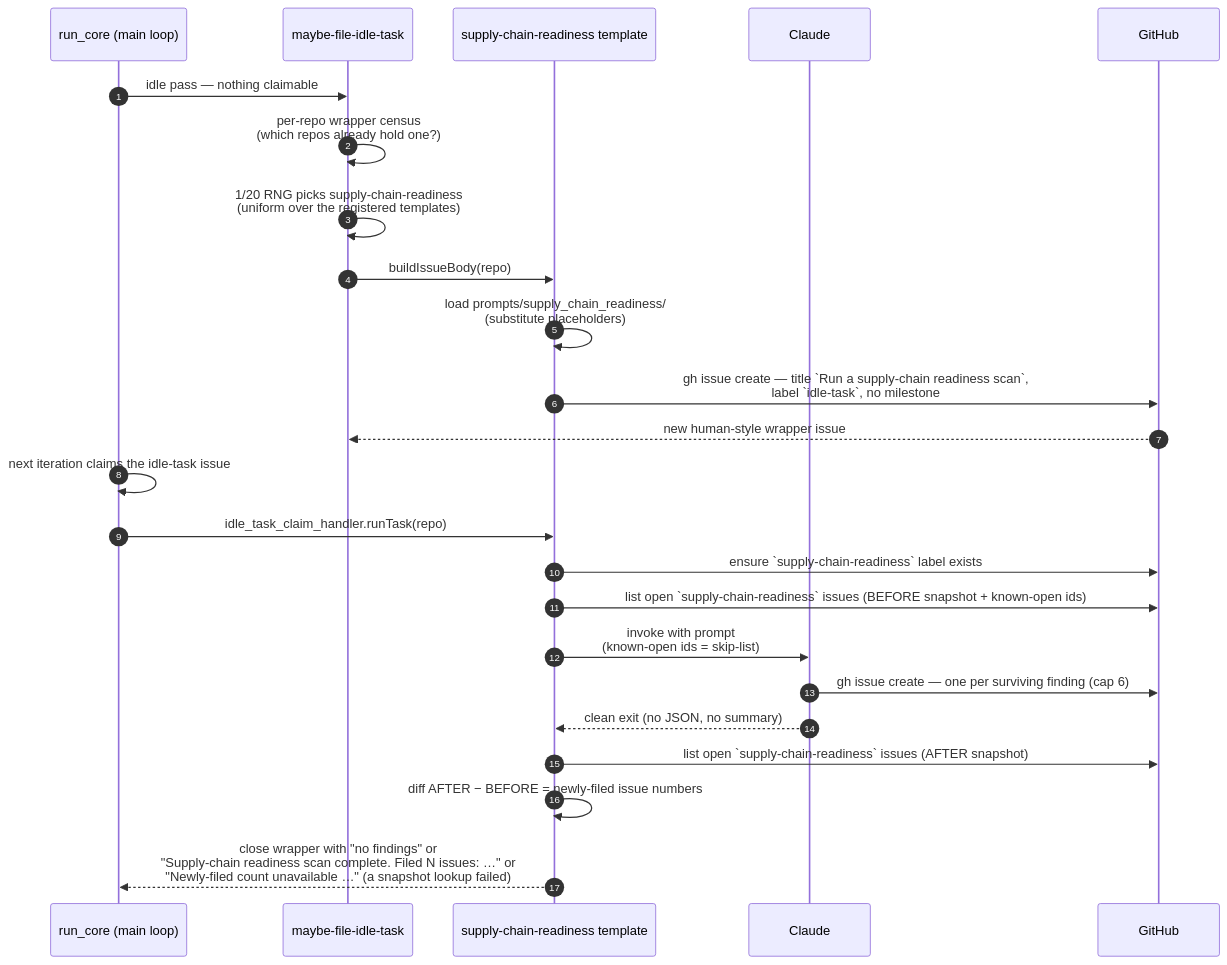
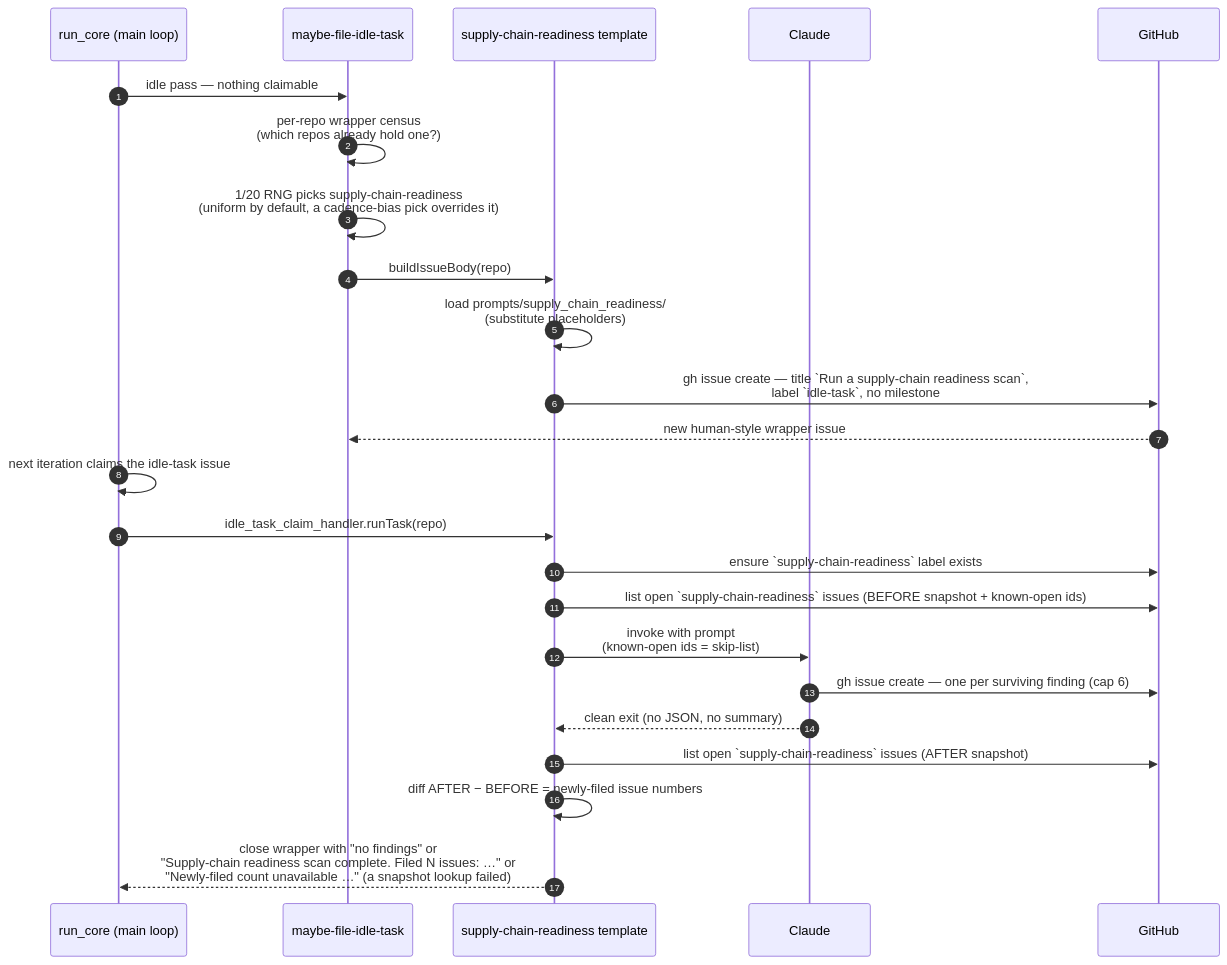
One commit to stSoftwareAU/VibeCoder changed the first of 2 diagrams in docs/SUPPLY-CHAIN-READINESS-SCAN.md. Above: the diagram before and after it, drawn with Mermaid. The commit also changed other lines of this file and 13 other files, not shown here.

````diff
--- a/docs/SUPPLY-CHAIN-READINESS-SCAN.md
+++ b/docs/SUPPLY-CHAIN-READINESS-SCAN.md
@@ -171,27 +171,27 @@
 ```mermaid
 sequenceDiagram
     autonumber
     participant Main as run_core (main loop)
     participant Filer as maybe-file-idle-task
     participant Template as supply-chain-readiness template
     participant Claude
     participant GH as GitHub
 
     Main->>Filer: idle pass — nothing claimable
     Filer->>Filer: per-repo wrapper census<br/>(which repos already hold one?)
-    Filer->>Filer: 1/20 RNG picks supply-chain-readiness<br/>(uniform over the registered templates)
+    Filer->>Filer: 1/20 RNG picks supply-chain-readiness<br/>(uniform by default, a cadence-bias pick overrides it)
     Filer->>Template: buildIssueBody(repo)
     Template->>Template: load prompts/supply_chain_readiness/<br/>(substitute placeholders)
     Template->>GH: gh issue create — title `Run a supply-chain readiness scan`,<br/>label `idle-task`, no milestone
     GH-->>Filer: new human-style wrapper issue
     Main->>Main: next iteration claims the idle-task issue
     Main->>Template: idle_task_claim_handler.runTask(repo)
     Template->>GH: ensure `supply-chain-readiness` label exists
     Template->>GH: list open `supply-chain-readiness` issues (BEFORE snapshot + known-open ids)
     Template->>Claude: invoke with prompt<br/>(known-open ids = skip-list)
     Claude->>GH: gh issue create — one per surviving finding (cap 6)
     Claude-->>Template: clean exit (no JSON, no summary)
     Template->>GH: list open `supply-chain-readiness` issues (AFTER snapshot)
     Template->>Template: diff AFTER − BEFORE = newly-filed issue numbers
     Template-->>Main: close wrapper with "no findings" or<br/>"Supply-chain readiness scan complete. Filed N issues: …" or<br/>"Newly-filed count unavailable …" (a snapshot lookup failed)
 ```
````
